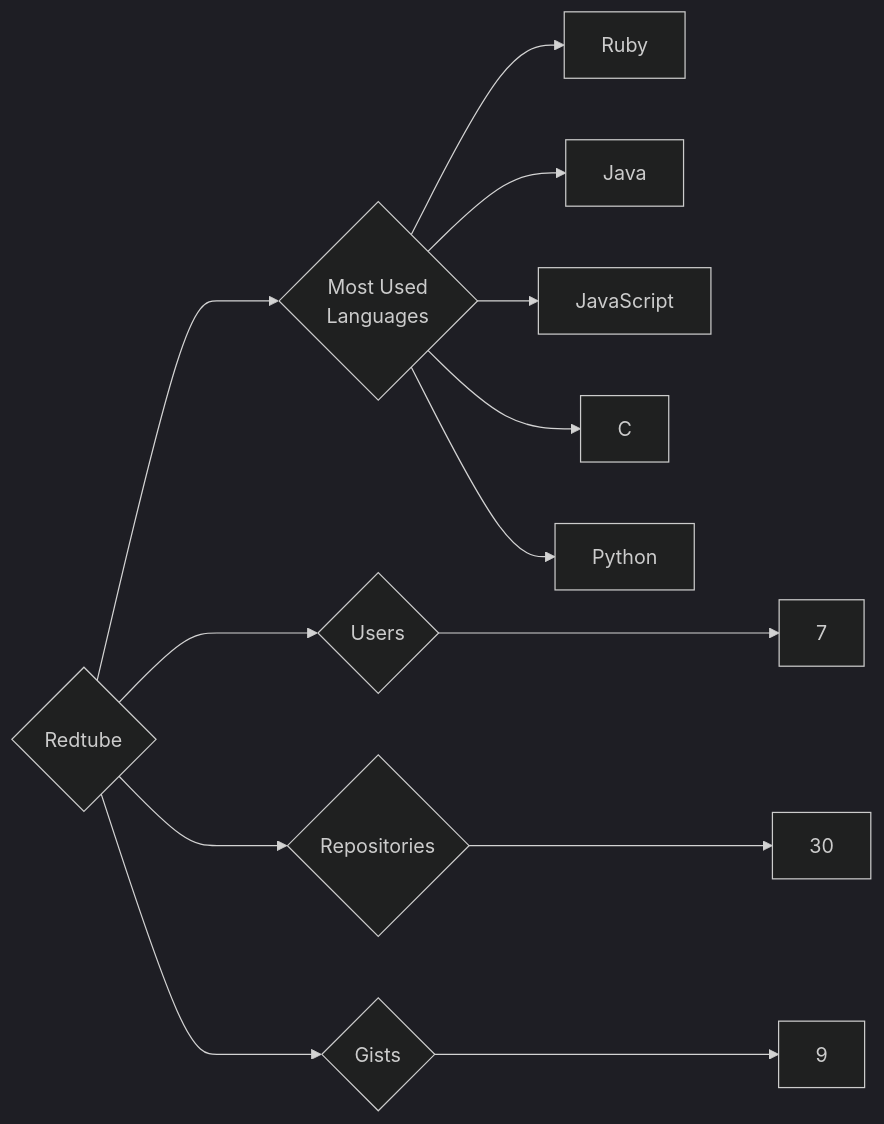
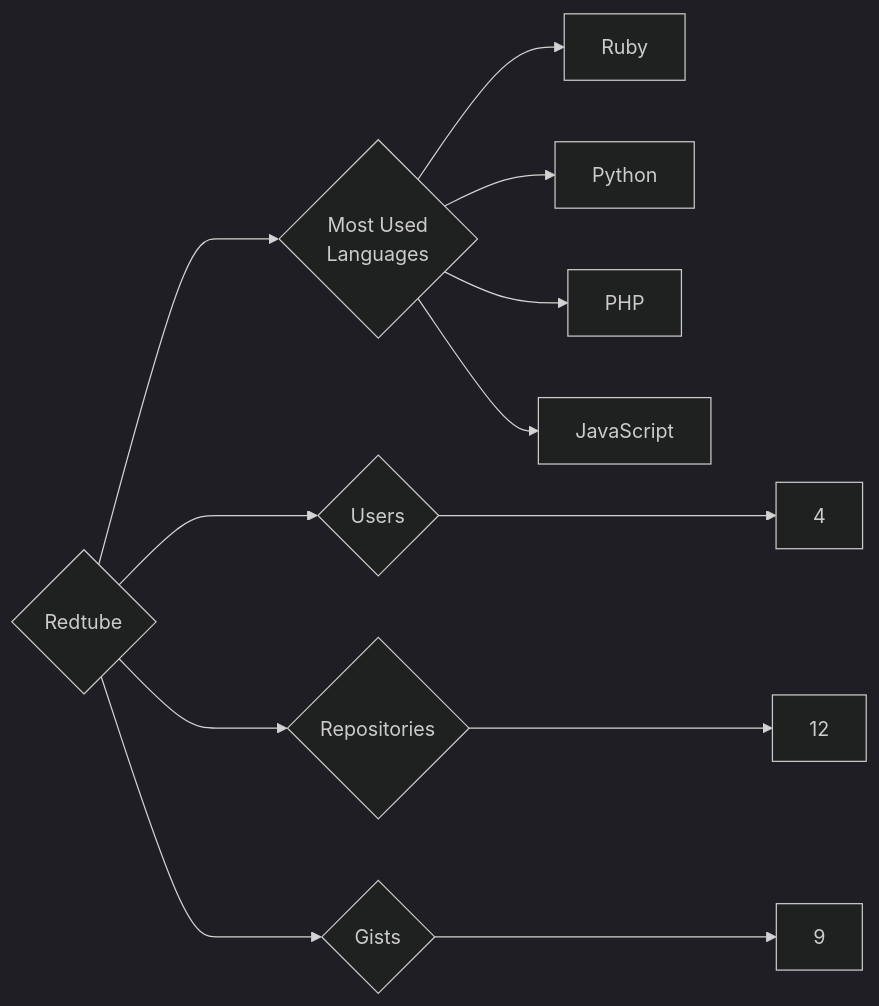
The diagram in targets/Redtube/README.md (trickest/insiders), drawn with Mermaid (dark theme) before and after one commit. The commit also changed 912 other files, not shown here.

````diff
--- a/targets/Redtube/README.md
+++ b/targets/Redtube/README.md
@@ -3,13 +3,12 @@
 ```mermaid
 graph LR
 COMPANY_NAME{Redtube}
-COMPANY_NAME ---> U{Users} ---> UN[7]
-COMPANY_NAME ---> R{Repositories} ---> RN[30]
+COMPANY_NAME ---> U{Users} ---> UN[4]
+COMPANY_NAME ---> R{Repositories} ---> RN[12]
 COMPANY_NAME ---> G{Gists} ---> GN[9]
 COMPANY_NAME ---> ML{Most Used<br>Languages}
 ML --> Ruby[Ruby]
-ML --> Java[Java]
+ML --> Python[Python]
+ML --> PHP[PHP]
 ML --> JavaScript[JavaScript]
-ML --> C[C]
-ML --> Python[Python]
 ```
````
